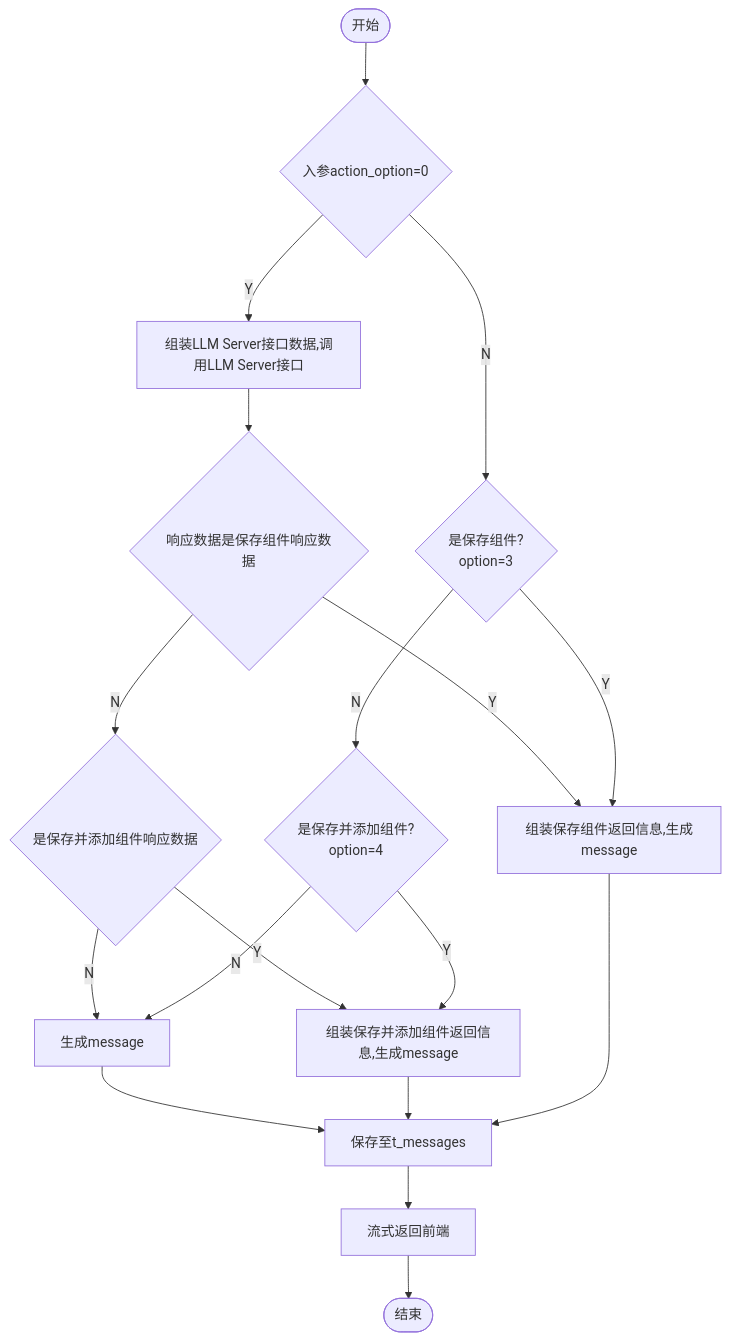
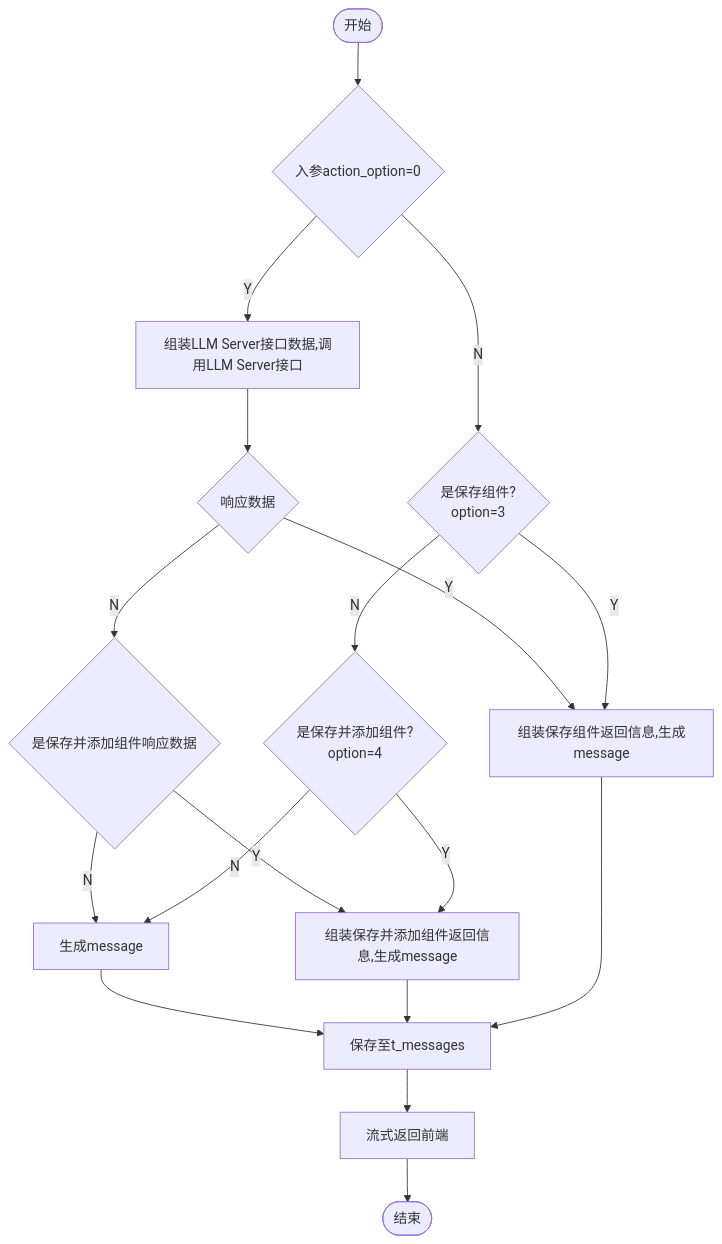
Before and after one commit to yingjianzh/iodraw-files: the diagram in all/添加保存组件.md, drawn with Mermaid.

Commit message:
2024-10-15 15:24:35 update

````diff
--- a/all/添加保存组件.md
+++ b/all/添加保存组件.md
@@ -1,21 +1,21 @@
 ```mermaid
 flowchart TD
     A([开始]) --> B{入参action_option=0}
     B -- Y --> C[组装LLM Server接口数据,调用LLM Server接口]
-    C --> E{响应数据是保存组件响应数据}
+    C --> E{响应数据}
     B -- N --> D{是保存组件? \n option=3}
     E -- N --> L{是保存并添加组件响应数据}
     E -- Y --> F[组装保存组件返回信息,生成message]
     
     L -- N --> R[生成message]
     R --> G
     L -- Y --> K
     D -- Y --> F
     D -- N --> J{是保存并添加组件? \n option=4}
     J -- Y --> K[组装保存并添加组件返回信息,生成message]
     K --> G
     J -- N --> R
     F --> G[保存至t_messages]
     G --> H[流式返回前端]
     H --> I([结束])
 ```
````
